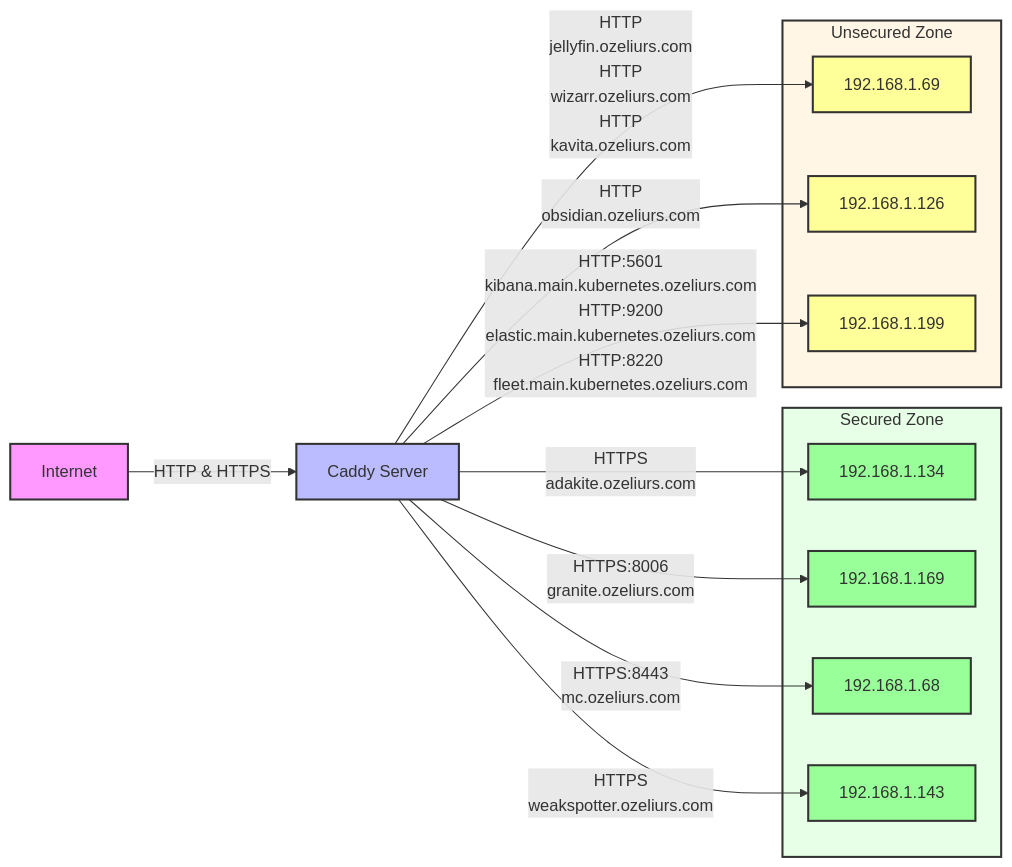
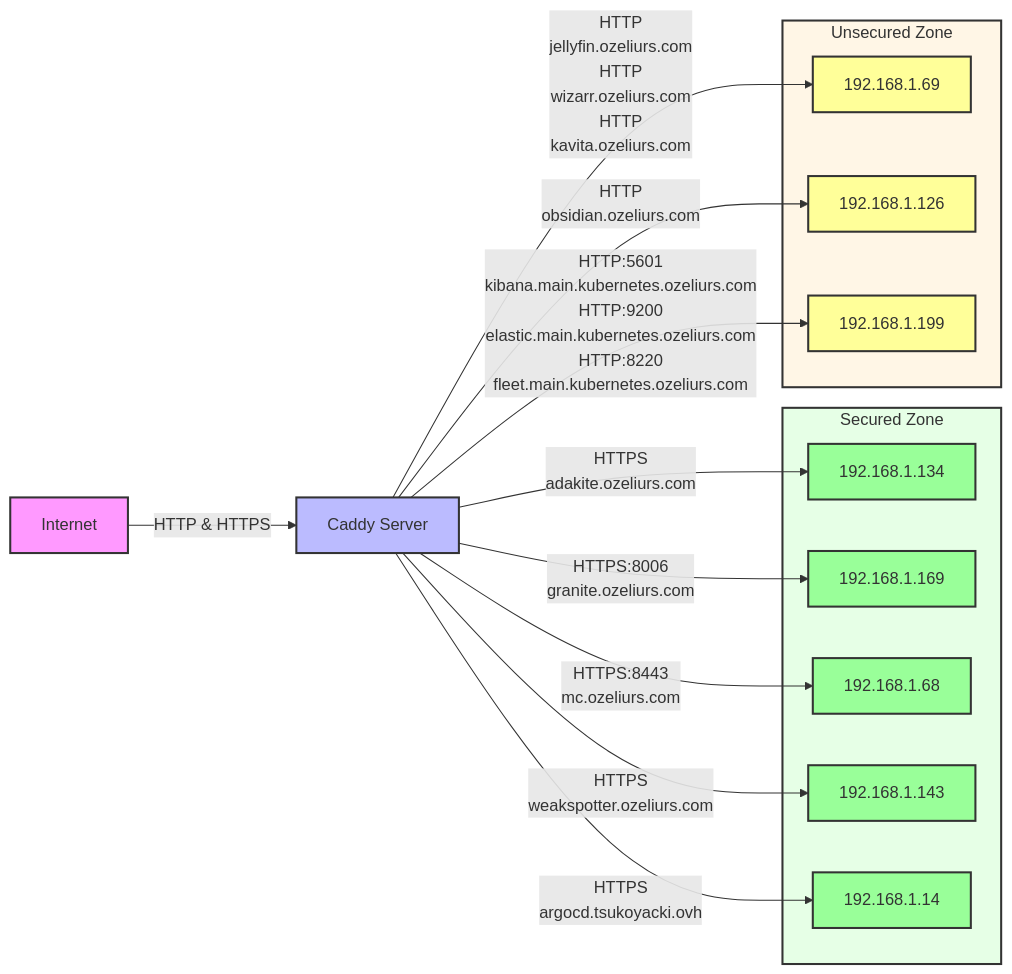
The diagram in README.md (ozeliurs/dc-reverse-proxy-config), drawn with Mermaid before and after one commit. The commit also changed 1 other file, not shown here.

Commit message:
Generate and update Caddyfile, Mermaid diagram, and Dockerfile

````diff
--- a/README.md
+++ b/README.md
@@ -34,51 +34,54 @@
 ```mermaid
 graph LR
     %% Style definitions
     classDef internet fill:#f9f,stroke:#333,stroke-width:2px;
     classDef proxy fill:#bbf,stroke:#333,stroke-width:2px;
     classDef backend fill:#bfb,stroke:#333,stroke-width:2px;
     classDef secure fill:#9f9,stroke:#333,stroke-width:2px;
     classDef unsecure fill:#ff9,stroke:#333,stroke-width:2px;
 
     %% Nodes
     I[Internet]
     C[Caddy Server]
 
     %% Apply styles
     class I internet
     class C proxy
 
     %% Base connections
     I -->|HTTP & HTTPS| C
 
     %% Backend groups
     subgraph Secured[Secured Zone]
         style Secured fill:#e6ffe6,stroke:#333,stroke-width:2px
         S0[192.168.1.134]
         class S0 secure
         S1[192.168.1.169]
         class S1 secure
         S2[192.168.1.68]
         class S2 secure
         S3[192.168.1.143]
         class S3 secure
+        S4[192.168.1.14]
+        class S4 secure
     end
 
     subgraph Unsecured[Unsecured Zone]
         style Unsecured fill:#fff6e6,stroke:#333,stroke-width:2px
         U0[192.168.1.69]
         class U0 unsecure
         U1[192.168.1.126]
         class U1 unsecure
         U2[192.168.1.199]
         class U2 unsecure
     end
 
     C -->|HTTPS<br>adakite.ozeliurs.com| S0
     C -->|HTTP<br>jellyfin.ozeliurs.com<br>HTTP<br>wizarr.ozeliurs.com<br>HTTP<br>kavita.ozeliurs.com| U0
     C -->|HTTPS:8006<br>granite.ozeliurs.com| S1
     C -->|HTTPS:8443<br>mc.ozeliurs.com| S2
     C -->|HTTP<br>obsidian.ozeliurs.com| U1
     C -->|HTTPS<br>weakspotter.ozeliurs.com| S3
     C -->|HTTP:5601<br>kibana.main.kubernetes.ozeliurs.com<br>HTTP:9200<br>elastic.main.kubernetes.ozeliurs.com<br>HTTP:8220<br>fleet.main.kubernetes.ozeliurs.com| U2
+    C -->|HTTPS<br>argocd.tsukoyacki.ovh| S4
 ```
````
